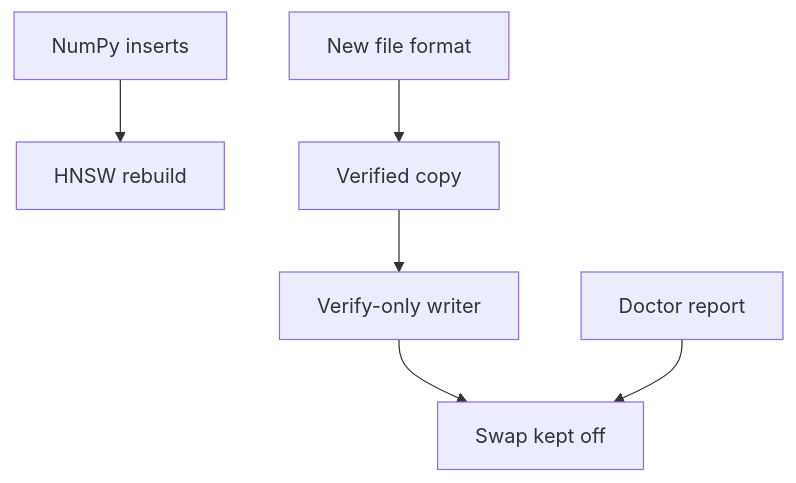
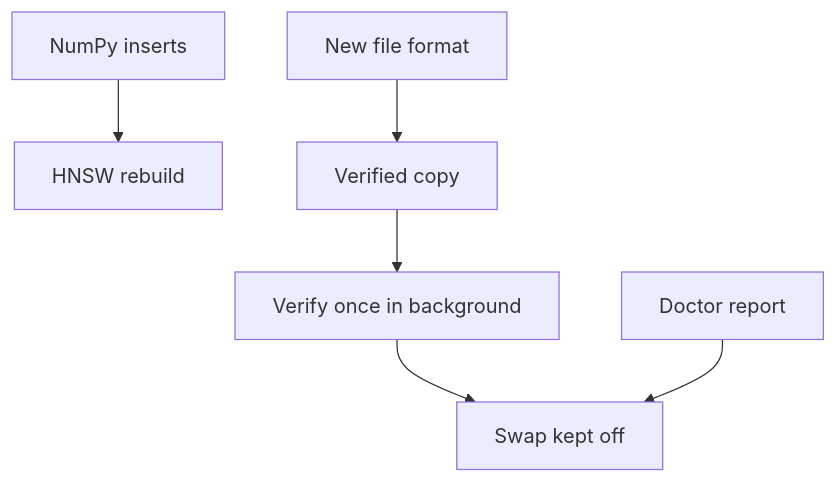
One commit to Texarkanine/stockroom changed the diagram in memory-bank/active/milestones.md. Above: the diagram before and after it, drawn with Mermaid. The commit also changed other lines of this file and 3 other files, not shown here.

````diff
--- a/memory-bank/active/milestones.md
+++ b/memory-bank/active/milestones.md
@@ -26,15 +26,15 @@
 ```mermaid
 flowchart TD
   format[New file format]
   numpy[NumPy inserts]
   doctor[Doctor report]
   hnsw[HNSW rebuild]
   builder[Verified copy]
-  verifyonly[Verify-only writer]
+  verifyonly[Verify once in background]
   swap[Swap kept off]
   format --> builder
   numpy --> hnsw
   builder --> verifyonly
   verifyonly --> swap
   doctor --> swap
 ```
````
